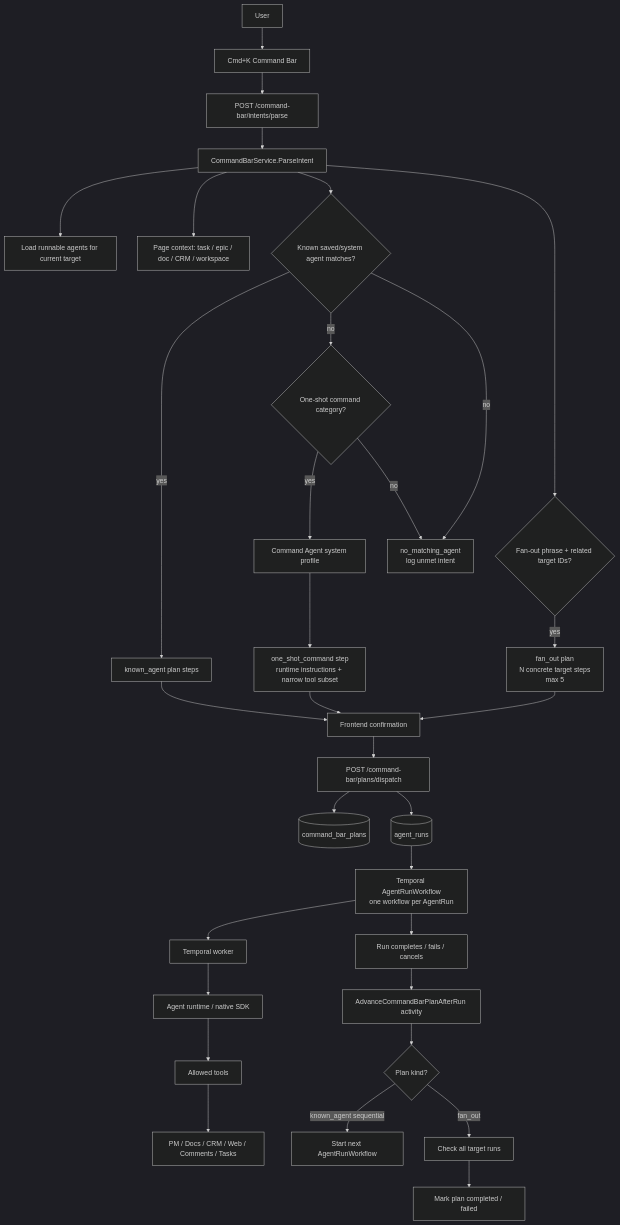
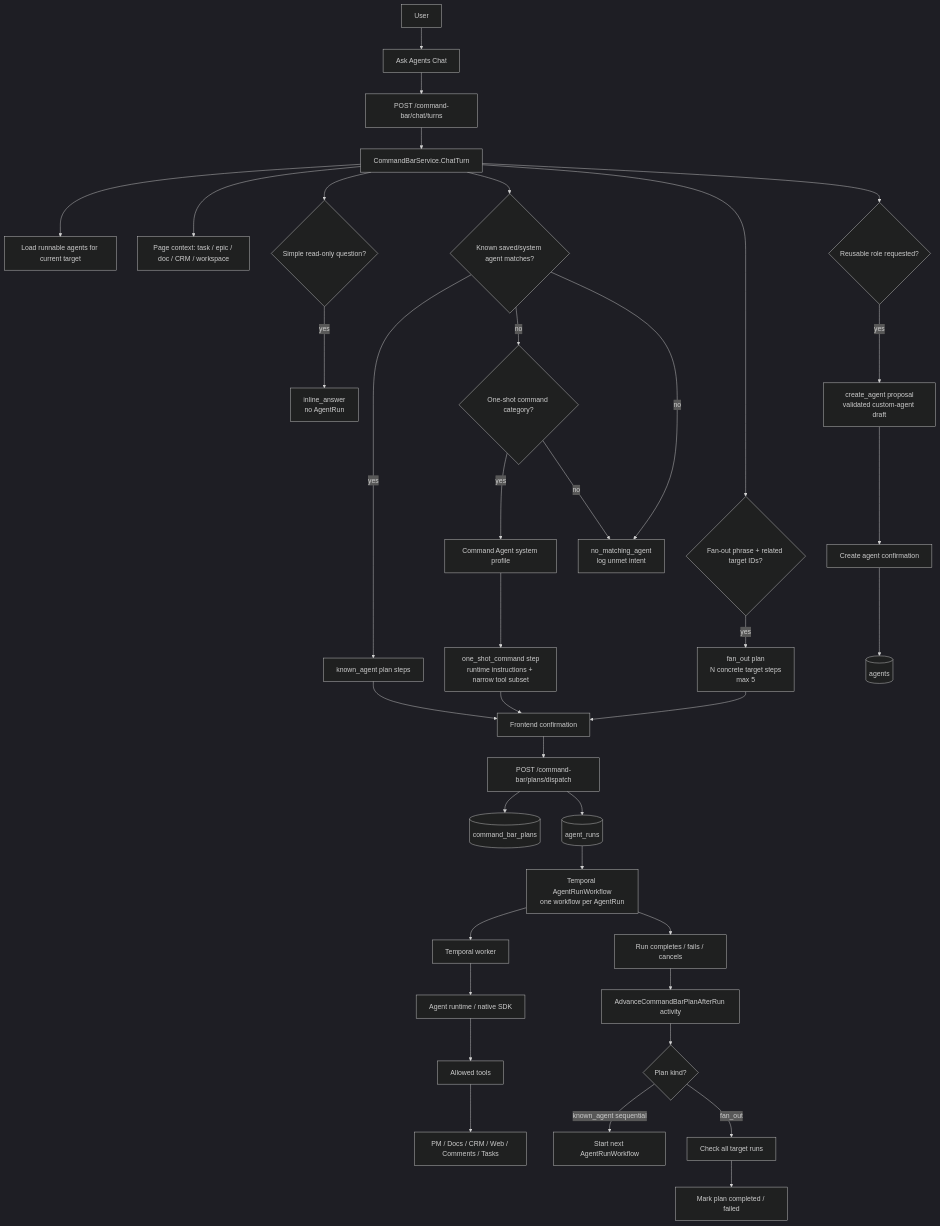
One commit to helpin-ai/helpin changed the first of 7 diagrams in docs/plans/2026-04-28-command-bar-agent-architecture.md. Above: the diagram before and after it, drawn with Mermaid (dark theme). The commit also changed other lines of this file and 14 other files, not shown here.

Commit message:
Add Ask Agents orchestration chat

````diff
--- a/docs/plans/2026-04-28-command-bar-agent-architecture.md
+++ b/docs/plans/2026-04-28-command-bar-agent-architecture.md
@@ -18,46 +22,53 @@
 ```mermaid
 flowchart TD
-  User[User] --> CmdK[Cmd+K Command Bar]
+  User[User] --> CmdK[Ask Agents Chat]
 
-  CmdK --> Parse[POST /command-bar/intents/parse]
-  Parse --> Parser[CommandBarService.ParseIntent]
+  CmdK --> Turn[POST /command-bar/chat/turns]
+  Turn --> Parser[CommandBarService.ChatTurn]
 
   Parser --> Candidates[Load runnable agents for current target]
   Parser --> PageCtx[Page context: task / epic / doc / CRM / workspace]
+  Parser --> Inline{Simple read-only question?}
+  Inline -->|yes| InlineAnswer[inline_answer<br/>no AgentRun]
 
   Parser --> Known{Known saved/system agent matches?}
   Known -->|yes| PlanKnown[known_agent plan steps]
 
   Known -->|no| OneShot{One-shot command category?}
   OneShot -->|yes| CommandAgent[Command Agent system profile]
   CommandAgent --> OneShotPlan[one_shot_command step<br/>runtime instructions + narrow tool subset]
 
   Parser --> FanOut{Fan-out phrase + related target IDs?}
   FanOut -->|yes| FanOutPlan[fan_out plan<br/>N concrete target steps<br/>max 5]
 
   Known -->|no| NoMatch[no_matching_agent<br/>log unmet intent]
   OneShot -->|no| NoMatch
 
+  Parser --> CreateAgent{Reusable role requested?}
+  CreateAgent -->|yes| AgentDraft[create_agent proposal<br/>validated custom-agent draft]
+
   PlanKnown --> Confirm[Frontend confirmation]
   OneShotPlan --> Confirm
   FanOutPlan --> Confirm
+  AgentDraft --> CreateConfirm[Create agent confirmation]
 
   Confirm --> Dispatch[POST /command-bar/plans/dispatch]
   Dispatch --> PlanRow[(command_bar_plans)]
   Dispatch --> AgentRunRows[(agent_runs)]
+  CreateConfirm --> AgentRow[(agents)]
 
   AgentRunRows --> Temporal[Temporal AgentRunWorkflow<br/>one workflow per AgentRun]
 
   Temporal --> Worker[Temporal worker]
   Worker --> AgentRuntime[Agent runtime / native SDK]
   AgentRuntime --> Tools[Allowed tools]
   Tools --> Domain[PM / Docs / CRM / Web / Comments / Tasks]
 
   Temporal --> Complete[Run completes / fails / cancels]
   Complete --> AdvanceActivity[AdvanceCommandBarPlanAfterRun activity]
 
   AdvanceActivity --> PlanKind{Plan kind?}
   PlanKind -->|known_agent sequential| StartNext[Start next AgentRunWorkflow]
   PlanKind -->|fan_out| CheckGroup[Check all target runs]
   CheckGroup --> MarkDone[Mark plan completed / failed]
 ```
````
